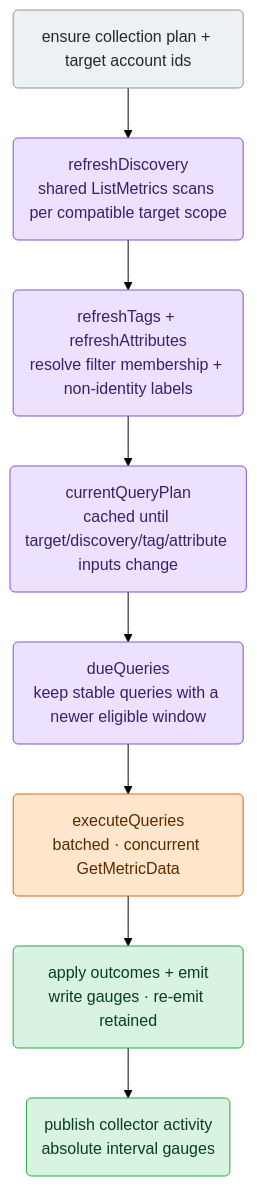
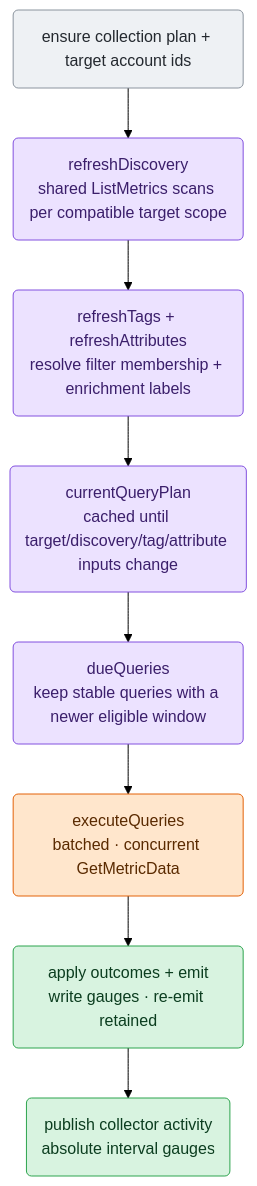
Before and after one commit to netdata/netdata: the third of 3 diagrams in src/go/plugin/go.d/collector/cloudwatch/ARCHITECTURE.md, drawn with Mermaid (forest theme). The commit also changed other lines of this file, not shown here.

````diff
--- a/src/go/plugin/go.d/collector/cloudwatch/ARCHITECTURE.md
+++ b/src/go/plugin/go.d/collector/cloudwatch/ARCHITECTURE.md
@@ -143,23 +143,23 @@
 ```mermaid
 flowchart TD
     A("ensure collection plan + target account ids")
     B("refreshDiscovery<br/>shared ListMetrics scans per compatible target scope")
-    C("refreshTags + refreshAttributes<br/>resolve filter membership + non-identity labels")
+    C("refreshTags + refreshAttributes<br/>resolve filter membership + enrichment labels")
     D("currentQueryPlan<br/>cached until target/discovery/tag/attribute inputs change")
     E("dueQueries<br/>keep stable queries with a newer eligible window")
     F("executeQueries<br/>batched · concurrent GetMetricData")
     G("apply outcomes + emit<br/>write gauges · re-emit retained")
     H("publish collector activity<br/>absolute interval gauges")
 
     A --> B --> C --> D --> E --> F --> G --> H
 
     classDef input fill:#eef1f4,stroke:#8b949e,color:#24292f;
     classDef sched fill:#ece2ff,stroke:#8250df,color:#3b1f6b;
     classDef effect fill:#ffe6cc,stroke:#e36209,color:#5a2a00;
     classDef commit fill:#d8f3e0,stroke:#2da44e,color:#0b3d1f;
 
     class A input
     class B,C,D,E sched
     class F effect
     class G,H commit
 ```
````
